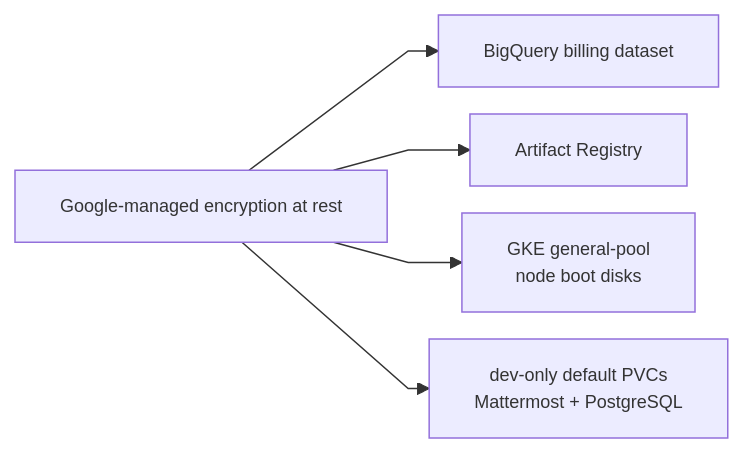
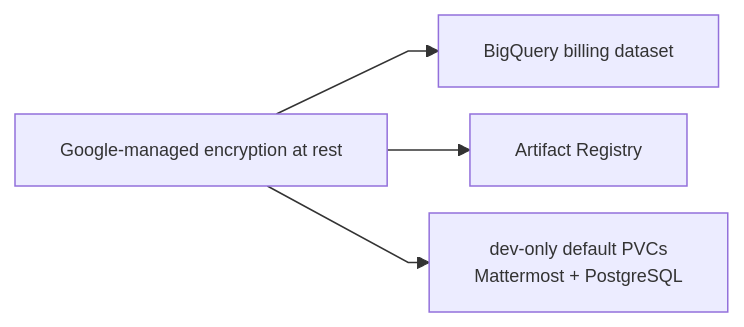
Before and after one commit to pilprod/yourown-chat: the sixth of 10 diagrams in README.md, drawn with Mermaid. The commit also changed other lines of this file and 6 other files, not shown here.

Commit message:
feat: encrypt GKE node boot disks with CMEK

````diff
--- a/README.md
+++ b/README.md
@@ -706,8 +707,7 @@
 ```mermaid
 %%{init: {"flowchart": {"nodeSpacing": 18, "rankSpacing": 28, "curve": "linear"}, "themeVariables": {"fontSize": "12px"}}}%%
 flowchart LR
   GM["Google-managed encryption at rest"] --> BQ["BigQuery billing dataset"]
   GM --> AR["Artifact Registry"]
-  GM --> ND["GKE general-pool<br/>node boot disks"]
   GM --> DP["dev-only default PVCs<br/>Mattermost + PostgreSQL"]
 ```
````
